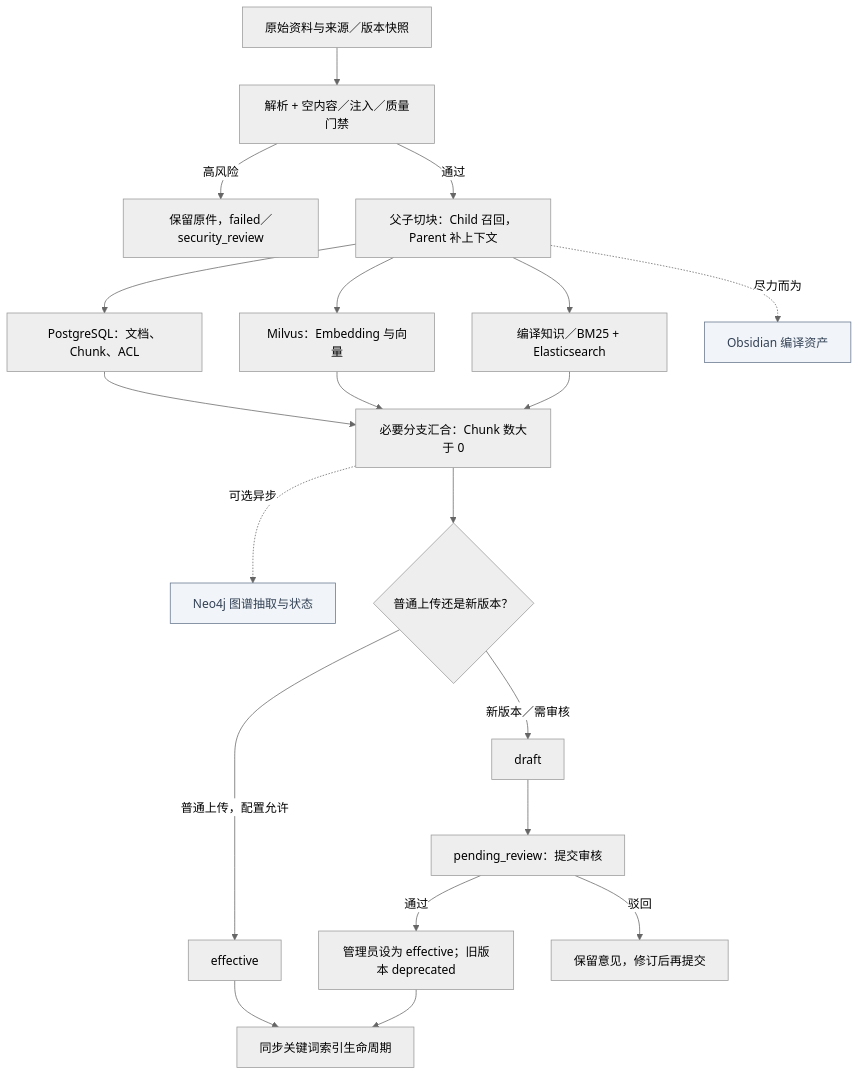
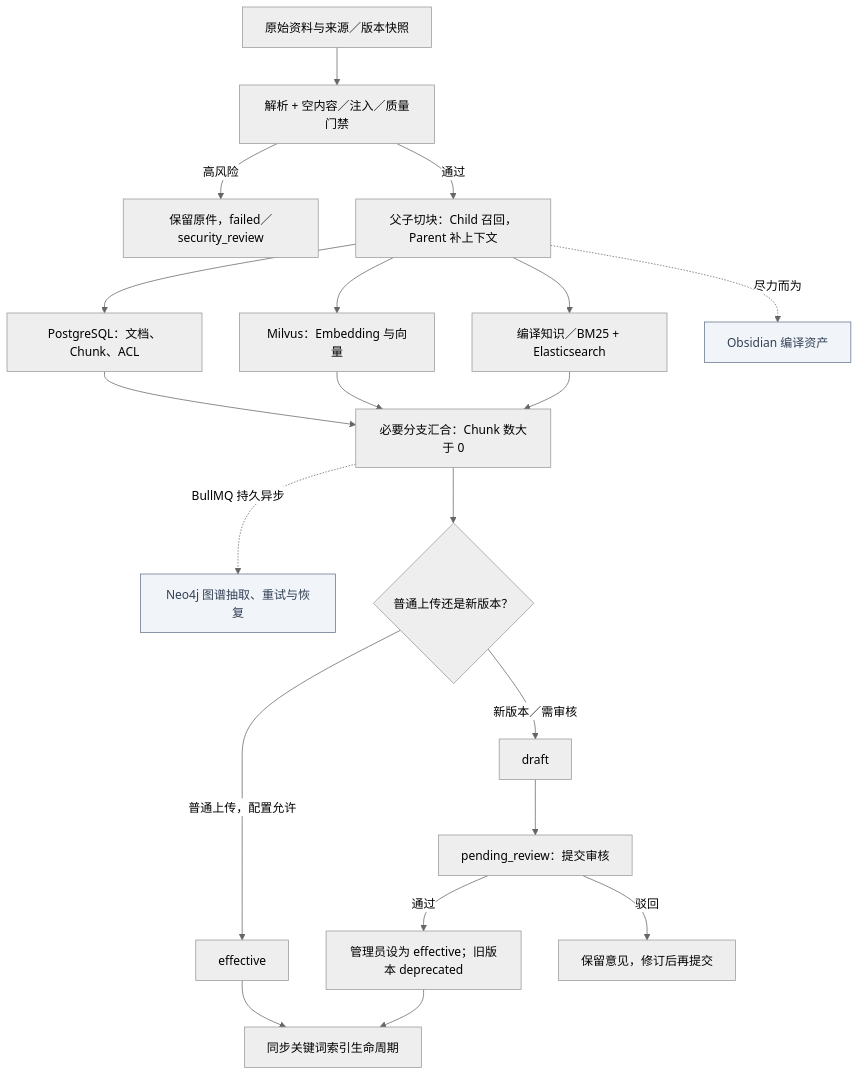
Before and after one commit to monstereatai/RAG: the third of 15 diagrams in docs/interview/功能步骤流程.md, drawn with Mermaid (neutral theme). The commit also changed other lines of this file and 131 other files, not shown here.

````diff
--- a/docs/interview/功能步骤流程.md
+++ b/docs/interview/功能步骤流程.md
@@ -104,24 +104,24 @@
 ```mermaid
 flowchart TB
   A[原始资料与来源／版本快照] --> B[解析 + 空内容／注入／质量门禁]
   B -->|高风险| X[保留原件，failed／security_review]
   B -->|通过| C[父子切块：Child 召回，Parent 补上下文]
   C --> D[PostgreSQL：文档、Chunk、ACL]
   C --> E[Milvus：Embedding 与向量]
   C --> F[编译知识／BM25 + Elasticsearch]
   C -. 尽力而为 .-> O[Obsidian 编译资产]
   D --> G[必要分支汇合：Chunk 数大于 0]
   E --> G
   F --> G
-  G -. 可选异步 .-> N[Neo4j 图谱抽取与状态]
+  G -. BullMQ 持久异步 .-> N[Neo4j 图谱抽取、重试与恢复]
   G --> H{普通上传还是新版本？}
   H -->|普通上传，配置允许| I[effective]
   H -->|新版本／需审核| J[draft]
   J --> K[pending_review：提交审核]
   K -->|通过| L[管理员设为 effective；旧版本 deprecated]
   K -->|驳回| R[保留意见，修订后再提交]
   I --> M[同步关键词索引生命周期]
   L --> M
   classDef optional fill:#f1f5f9,stroke:#64748b,color:#334155
   class O,N optional
 ```
````
